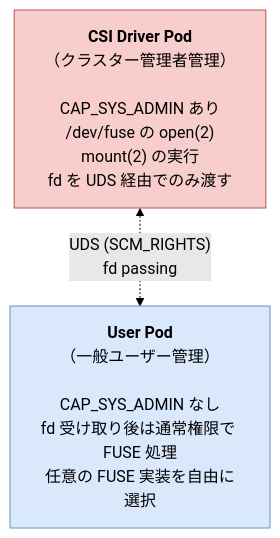
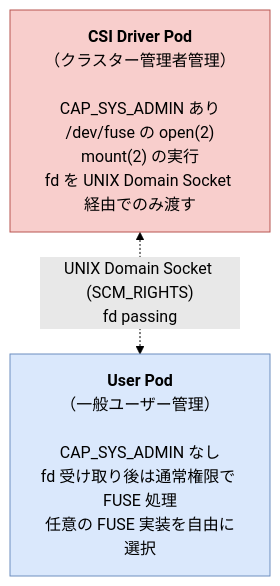
Before and after one commit to tak-55/fuse_k8s: the second of 2 diagrams in docs/technical-report.md, drawn with Mermaid (forest theme). The commit also changed other lines of this file and 1 other file, not shown here.

````diff
--- a/docs/technical-report.md
+++ b/docs/technical-report.md
@@ -40,10 +32,10 @@
 ```mermaid
 graph TB
-    CSI["<b>CSI Driver Pod</b><br/>（クラスター管理者管理）<br/><br/>CAP_SYS_ADMIN あり<br/>/dev/fuse の open(2)<br/>mount(2) の実行<br/>fd を UDS 経由でのみ渡す"]
+    CSI["<b>CSI Driver Pod</b><br/>（クラスター管理者管理）<br/><br/>CAP_SYS_ADMIN あり<br/>/dev/fuse の open(2)<br/>mount(2) の実行<br/>fd を UNIX Domain Socket 経由でのみ渡す"]
     User["<b>User Pod</b><br/>（一般ユーザー管理）<br/><br/>CAP_SYS_ADMIN なし<br/>fd 受け取り後は通常権限で FUSE 処理<br/>任意の FUSE 実装を自由に選択"]
 
-    CSI <-. "UDS (SCM_RIGHTS)<br/>fd passing" .-> User
+    CSI <-. "UNIX Domain Socket (SCM_RIGHTS)<br/>fd passing" .-> User
 
     style CSI fill:#f8cecc,stroke:#b85450
     style User fill:#dae8fc,stroke:#6c8ebf
 ```
````
